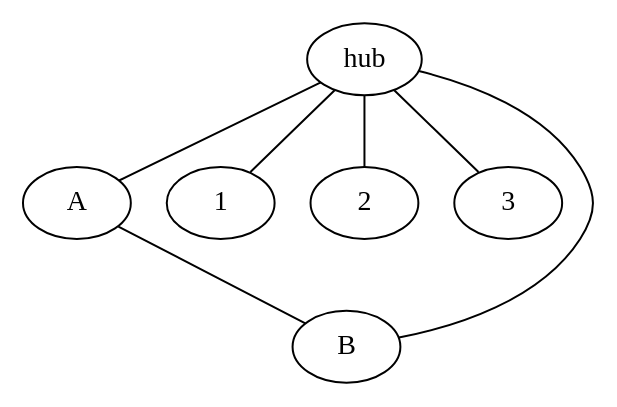
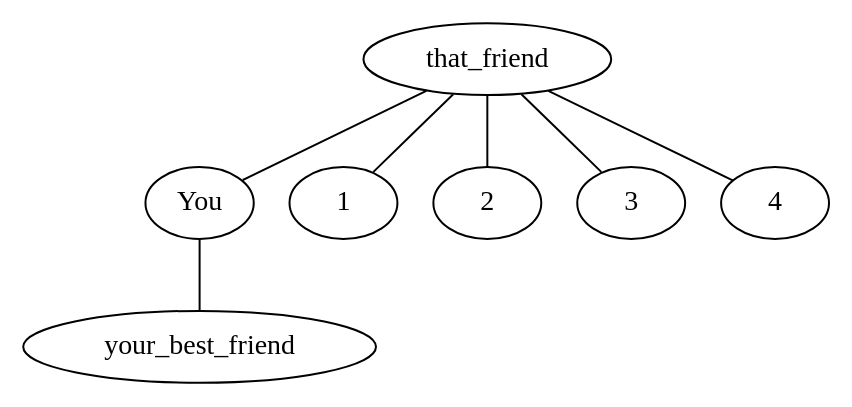
The diagram in friends.dot (combinatorist/friendship-paradox), drawn with Graphviz before and after one commit. The commit also changed 1 other file, not shown here.

Commit message:
change default friend.dot and add to README.md

```diff
--- a/friends.dot
+++ b/friends.dot
@@ -1,8 +1,8 @@
 graph second_tier {
-hub -- A
-A -- B
-B -- hub
-hub -- 1
-hub -- 2
-hub -- 3
+that_friend -- You
+You -- your_best_friend
+that_friend -- 1
+that_friend -- 2
+that_friend -- 3
+that_friend -- 4
 }
```
